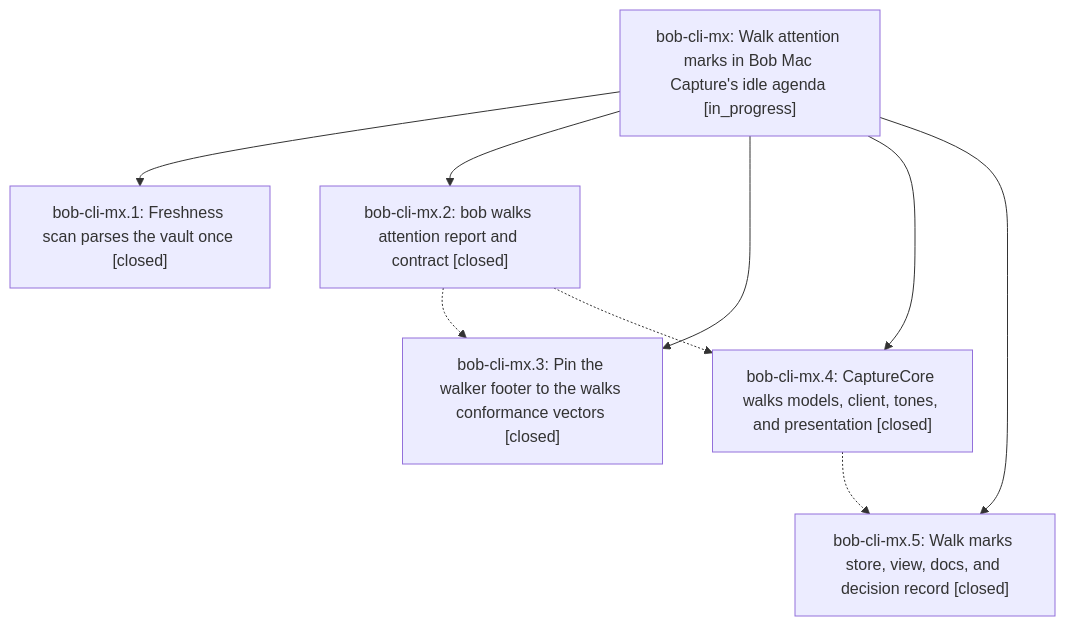
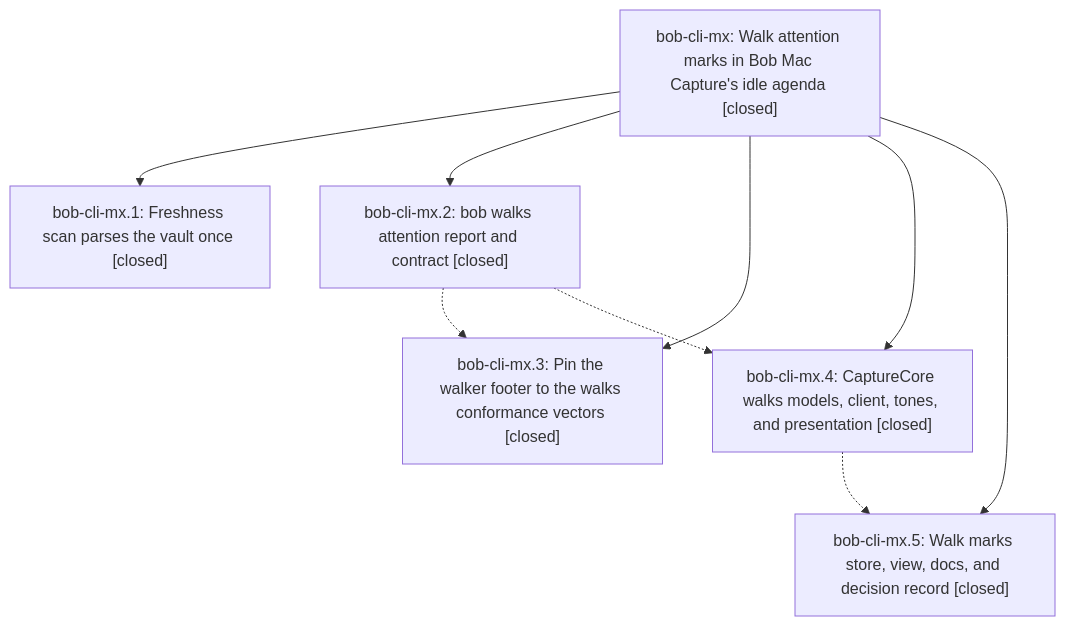
One commit to bobs-org/bob-cli--beads changed the diagram in pages/bob-cli-mx/README.md. Above: the diagram before and after it, drawn with Mermaid. The commit also changed other lines of this file and 2 other files, not shown here.

First line of the commit message:
chore(beads): sync bead state and pages for bob-cli-mx

````diff
--- a/pages/bob-cli-mx/README.md
+++ b/pages/bob-cli-mx/README.md
@@ -44,17 +74,17 @@
 ```mermaid
 flowchart TD
-    n0["bob-cli-mx: Walk attention marks in Bob Mac Capture's idle agenda [in_progress]"]
+    n0["bob-cli-mx: Walk attention marks in Bob Mac Capture's idle agenda [closed]"]
     n1["bob-cli-mx.1: Freshness scan parses the vault once [closed]"]
     n2["bob-cli-mx.2: bob walks attention report and contract [closed]"]
     n3["bob-cli-mx.3: Pin the walker footer to the walks conformance vectors [closed]"]
     n4["bob-cli-mx.4: CaptureCore walks models, client, tones, and presentation [closed]"]
     n5["bob-cli-mx.5: Walk marks store, view, docs, and decision record [closed]"]
     n0 --> n1
     n0 --> n2
     n0 --> n3
     n0 --> n4
     n0 --> n5
     n2 -.-> n3
     n2 -.-> n4
     n4 -.-> n5
 ```
````
